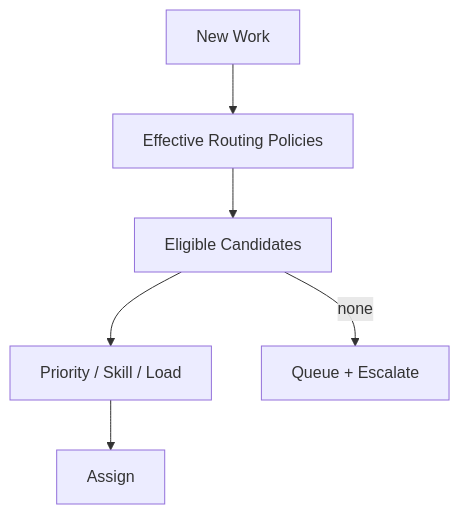
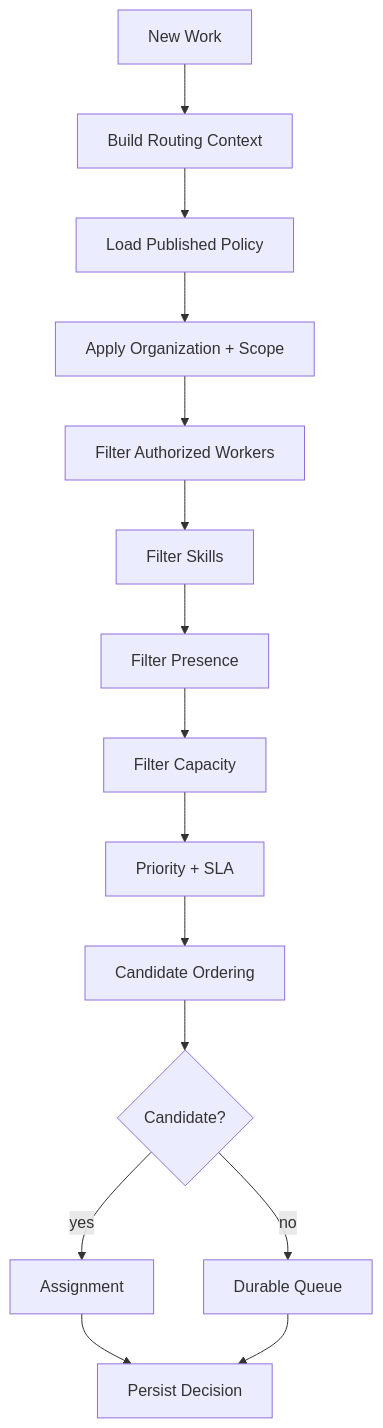
One commit to D-engahmed/OMILINKS changed the first of 2 diagrams in docs/domain/routing.md. Above: the diagram before and after it, drawn with Mermaid. The commit also changed other lines of this file and 1 other file, not shown here.

Commit message:
docs: deepen workforce and routing domains

````diff
--- a/docs/domain/routing.md
+++ b/docs/domain/routing.md
@@ -37,8 +43,17 @@
 ```mermaid
 flowchart TD
-WORK[New Work] --> POL[Effective Routing Policies]
-POL --> CAND[Eligible Candidates]
-CAND --> SCORE[Priority / Skill / Load]
-SCORE --> ASSIGN[Assign]
-CAND -->|none| QUEUE[Queue + Escalate]
+EVENT[New Work] --> CONTEXT[Build Routing Context]
+CONTEXT --> POLICY[Load Published Policy]
+POLICY --> SCOPE[Apply Organization + Scope]
+SCOPE --> AUTH[Filter Authorized Workers]
+AUTH --> SKILL[Filter Skills]
+SKILL --> PRESENCE[Filter Presence]
+PRESENCE --> CAPACITY[Filter Capacity]
+CAPACITY --> PRIORITY[Priority + SLA]
+PRIORITY --> SCORE[Candidate Ordering]
+SCORE --> DECIDE{Candidate?}
+DECIDE -->|yes| ASSIGN[Assignment]
+DECIDE -->|no| QUEUE[Durable Queue]
+ASSIGN --> RECORD[Persist Decision]
+QUEUE --> RECORD
 ```
````
